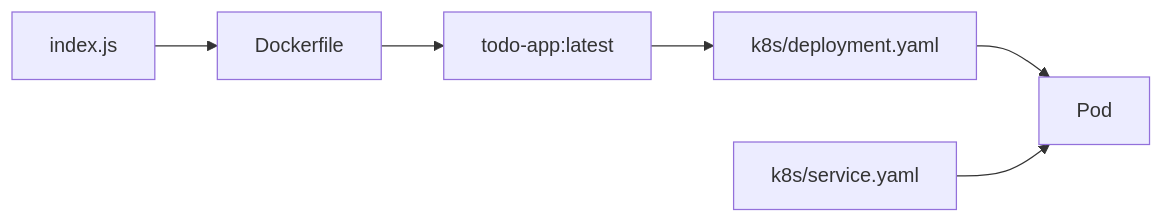
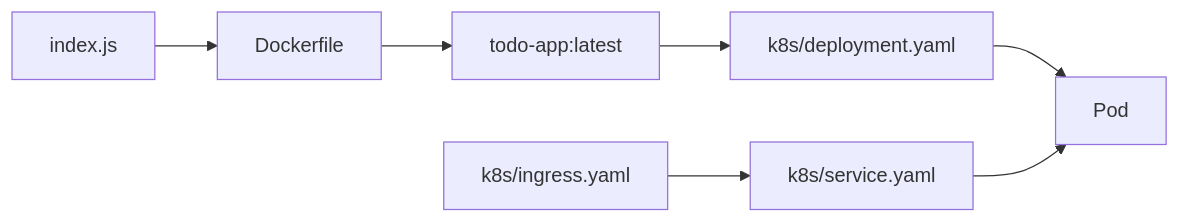
The second of 3 diagrams in README.md (wmahad/k8s-hands-on), drawn with Mermaid before and after one commit. The commit also changed other lines of this file and 5 other files, not shown here.

````diff
--- a/README.md
+++ b/README.md
@@ -28,8 +33,9 @@
 ```mermaid
 flowchart LR
   JS[index.js] --> DF[Dockerfile]
   DF --> IMG[todo-app:latest]
   IMG --> DEP[k8s/deployment.yaml]
   DEP --> POD[Pod]
   SVC[k8s/service.yaml] --> POD
+  ING[k8s/ingress.yaml] --> SVC
 ```
````
